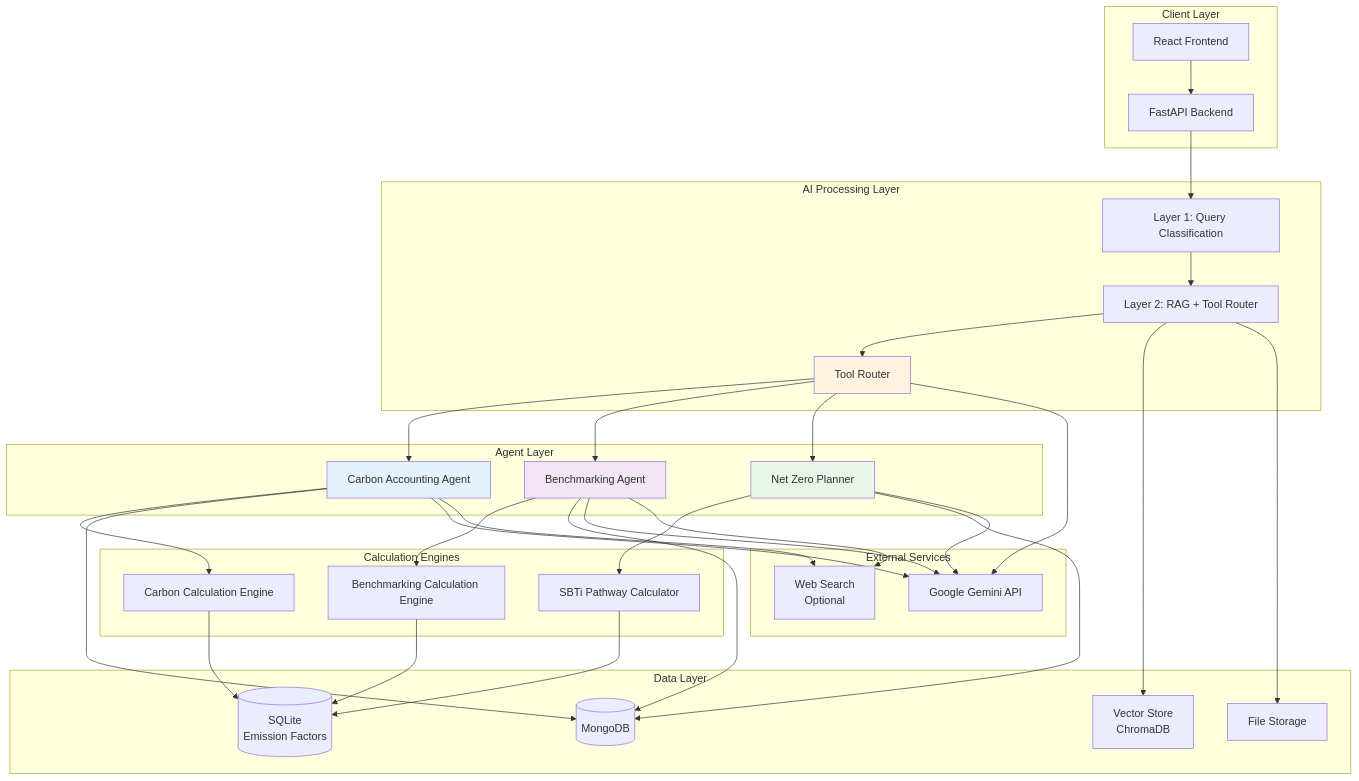
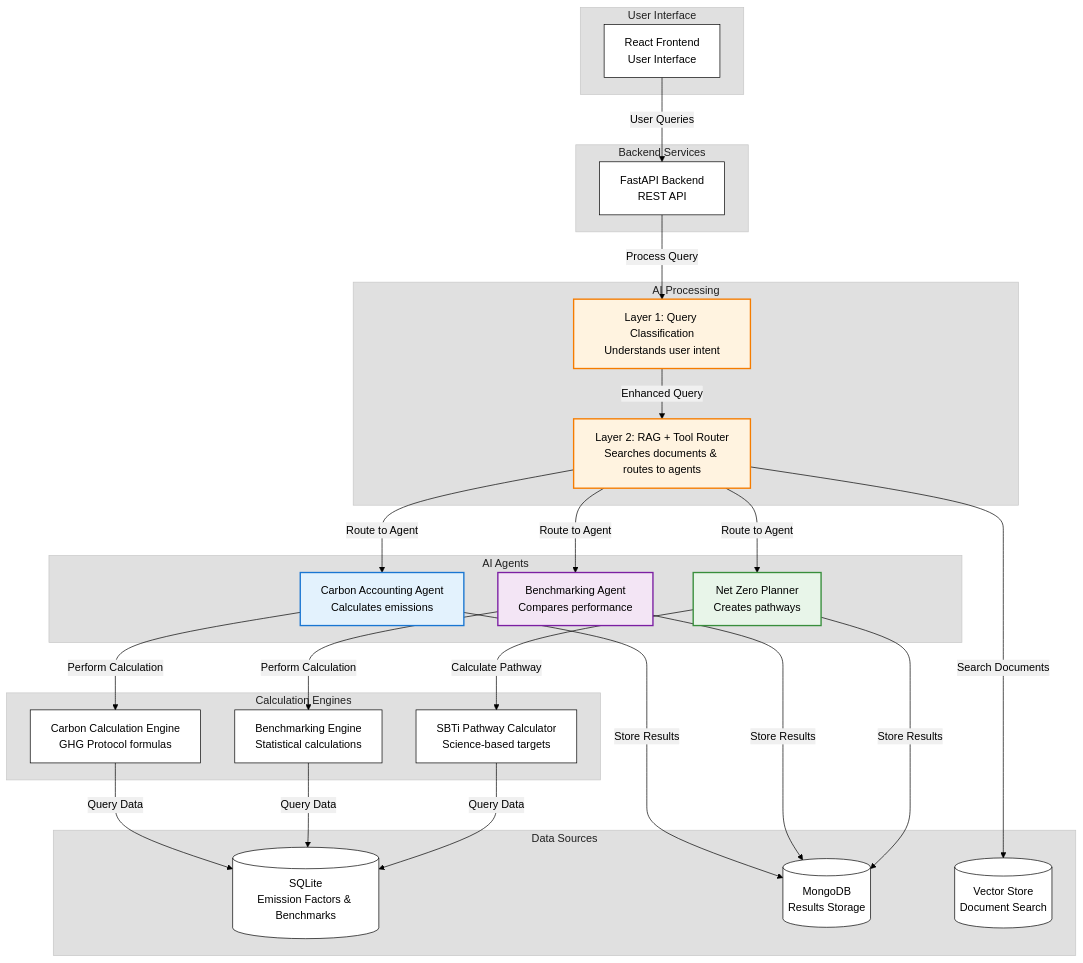
One commit to VaibhavYadavAntino/Fitsol changed the first of 3 diagrams in README.md. Above: the diagram before and after it, drawn with Mermaid. The commit also changed other lines of this file, not shown here.

````diff
--- a/README.md
+++ b/README.md
@@ -23,73 +81,61 @@
 ```mermaid
+%%{init: {'theme':'base', 'themeVariables': { 'primaryColor':'#ffffff', 'primaryTextColor':'#000000', 'primaryBorderColor':'#000000', 'lineColor':'#000000', 'secondaryColor':'#f0f0f0', 'tertiaryColor':'#e0e0e0'}}}%%
 graph TB
-    subgraph "Client Layer"
-        UI[React Frontend]
-        API[FastAPI Backend]
+    subgraph "User Interface"
+        UI[React Frontend<br/>User Interface]
     end
     
-    subgraph "AI Processing Layer"
-        L1[Layer 1: Query Classification]
-        L2[Layer 2: RAG + Tool Router]
-        TR[Tool Router]
+    subgraph "Backend Services"
+        API[FastAPI Backend<br/>REST API]
     end
     
-    subgraph "Agent Layer"
-        CA[Carbon Accounting Agent]
-        BA[Benchmarking Agent]
-        NZ[Net Zero Planner]
+    subgraph "AI Processing"
+        L1[Layer 1: Query Classification<br/>Understands user intent]
+        L2[Layer 2: RAG + Tool Router<br/>Searches documents & routes to agents]
+    end
+    
+    subgraph "AI Agents"
+        CA[Carbon Accounting Agent<br/>Calculates emissions]
+        BA[Benchmarking Agent<br/>Compares performance]
+        NZ[Net Zero Planner<br/>Creates pathways]
     end
     
     subgraph "Calculation Engines"
-        CCE[Carbon Calculation Engine]
-        BCE[Benchmarking Calculation Engine]
-        SBTI[SBTi Pathway Calculator]
+        CCE[Carbon Calculation Engine<br/>GHG Protocol formulas]
+        BCE[Benchmarking Engine<br/>Statistical calculations]
+        SBTI[SBTi Pathway Calculator<br/>Science-based targets]
     end
     
-    subgraph "Data Layer"
-        VS[Vector Store<br/>ChromaDB]
-        MDB[(MongoDB)]
-        SQL[(SQLite<br/>Emission Factors)]
-        FS[File Storage]
+    subgraph "Data Sources"
+        SQL[(SQLite<br/>Emission Factors & Benchmarks)]
+        MDB[(MongoDB<br/>Results Storage)]
+        VS[(Vector Store<br/>Document Search)]
     end
     
-    subgraph "External Services"
-        LLM[Google Gemini API]
-        WEB[Web Search<br/>Optional]
-    end
+    UI -->|User Queries| API
+    API -->|Process Query| L1
+    L1 -->|Enhanced Query| L2
+    L2 -->|Route to Agent| CA
+    L2 -->|Route to Agent| BA
+    L2 -->|Route to Agent| NZ
     
-    UI --> API
-    API --> L1
-    L1 --> L2
-    L2 --> TR
-    TR --> CA
-    TR --> BA
-    TR --> NZ
+    CA -->|Perform Calculation| CCE
+    BA -->|Perform Calculation| BCE
+    NZ -->|Calculate Pathway| SBTI
     
-    CA --> CCE
-    BA --> BCE
-    NZ --> SBTI
+    CCE -->|Query Data| SQL
+    BCE -->|Query Data| SQL
+    SBTI -->|Query Data| SQL
     
-    CCE --> SQL
-    BCE --> SQL
-    SBTI --> SQL
+    CA -->|Store Results| MDB
+    BA -->|Store Results| MDB
+    NZ -->|Store Results| MDB
     
-    CA --> MDB
-    BA --> MDB
-    NZ --> MDB
+    L2 -->|Search Documents| VS
     
-    L2 --> VS
-    TR --> LLM
-    CA --> LLM
-    BA --> LLM
-    NZ --> LLM
-    
-    CA --> WEB
-    BA --> WEB
-    
-    L2 --> FS
-    
-    style CA fill:#e3f2fd
-    style BA fill:#f3e5f5
-    style NZ fill:#e8f5e9
-    style TR fill:#fff3e0
+    style CA fill:#e3f2fd,stroke:#1976d2,stroke-width:2px,color:#000
+    style BA fill:#f3e5f5,stroke:#7b1fa2,stroke-width:2px,color:#000
+    style NZ fill:#e8f5e9,stroke:#388e3c,stroke-width:2px,color:#000
+    style L1 fill:#fff3e0,stroke:#f57c00,stroke-width:2px,color:#000
+    style L2 fill:#fff3e0,stroke:#f57c00,stroke-width:2px,color:#000
 ```
````
